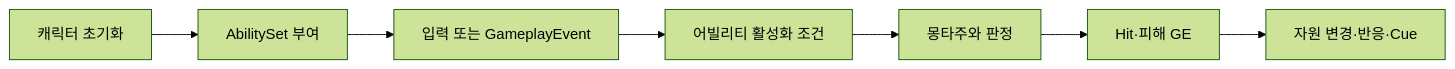
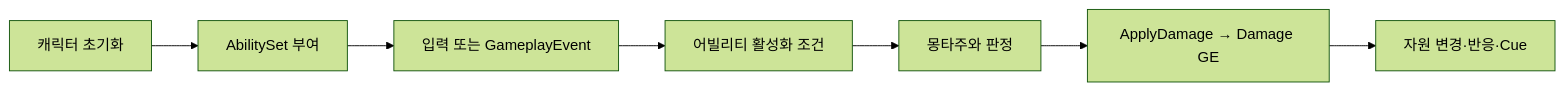
Before and after one commit to Woogl/ProjectWx: the diagram in .wiki/wiki/topics/combat.md, drawn with Mermaid (forest theme). The commit also changed other lines of this file and 7 other files, not shown here.

````diff
--- a/.wiki/wiki/topics/combat.md
+++ b/.wiki/wiki/topics/combat.md
@@ -29,9 +30,9 @@
 ```mermaid
 flowchart LR
   A["캐릭터 초기화"] --> B["AbilitySet 부여"]
   B --> C["입력 또는 GameplayEvent"]
   C --> D["어빌리티 활성화 조건"]
   D --> E["몽타주와 판정"]
-  E --> F["Hit·피해 GE"]
+  E --> F["ApplyDamage → Damage GE"]
   F --> G["자원 변경·반응·Cue"]
 ```
````
